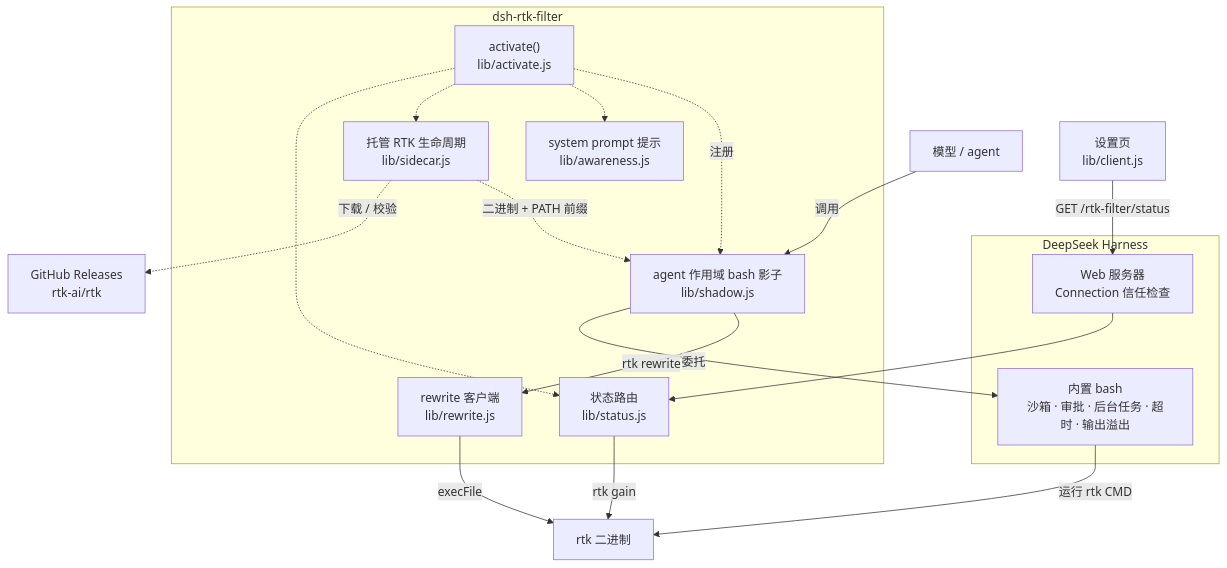
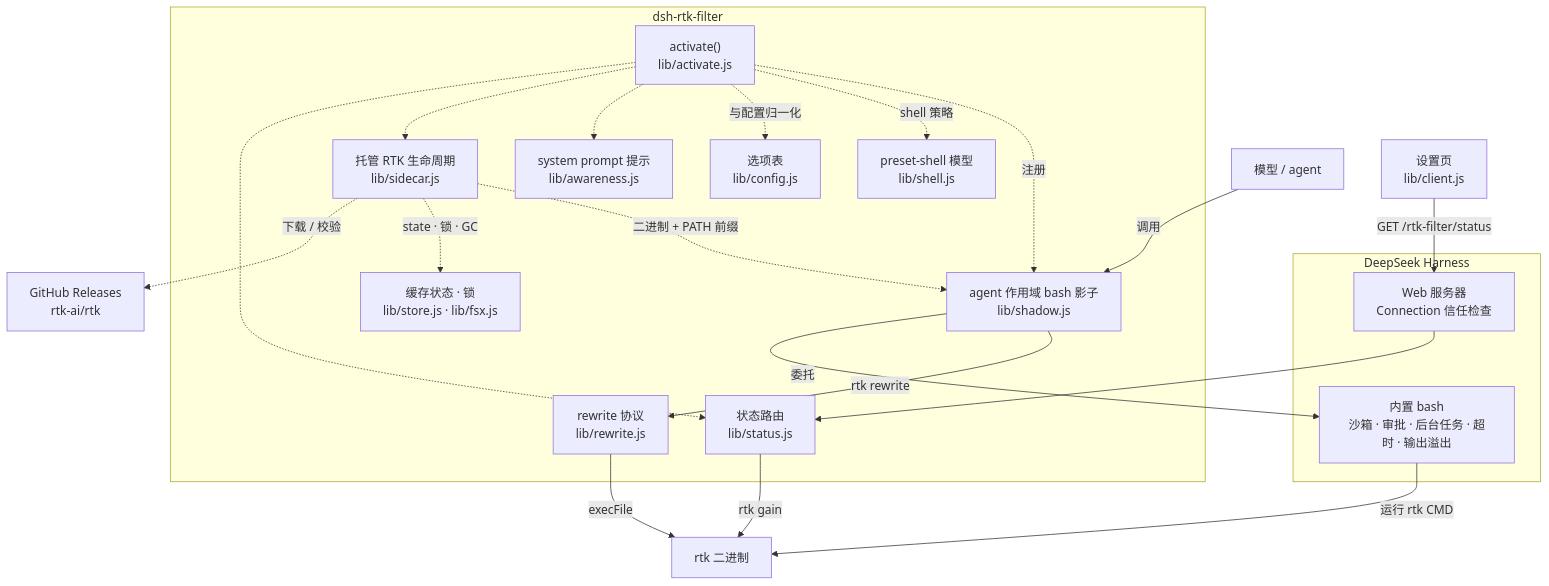
The diagram in README_zh.md (okamitimo233/dsh-rtk-filter), drawn with Mermaid before and after one commit. The commit also changed other lines of this file and 4 other files, not shown here.

First line of the commit message:
docs: record the refactored architecture and sync the handoff

````diff
--- a/README_zh.md
+++ b/README_zh.md
@@ -44,35 +44,41 @@
 ```mermaid
 flowchart TB
     Model["模型 / agent"]
 
     subgraph Plugin["dsh-rtk-filter"]
         Activate["activate()<br/>lib/activate.js"]
+        Config["选项表<br/>lib/config.js"]
+        Shell["preset-shell 模型<br/>lib/shell.js"]
         Shadow["agent 作用域 bash 影子<br/>lib/shadow.js"]
-        Rewrite["rewrite 客户端<br/>lib/rewrite.js"]
+        Rewrite["rewrite 协议<br/>lib/rewrite.js"]
         Manager["托管 RTK 生命周期<br/>lib/sidecar.js"]
+        Store["缓存状态 · 锁<br/>lib/store.js · lib/fsx.js"]
         Prompt["system prompt 提示<br/>lib/awareness.js"]
         Status["状态路由<br/>lib/status.js"]
     end
 
     subgraph Host["DeepSeek Harness"]
         Base["内置 bash<br/>沙箱 · 审批 · 后台任务 · 超时 · 输出溢出"]
         Web["Web 服务器<br/>Connection 信任检查"]
     end
 
     RTK["rtk 二进制"]
     Releases["GitHub Releases<br/>rtk-ai/rtk"]
     Browser["设置页<br/>lib/client.js"]
 
     Model -->|"调用"| Shadow
     Shadow -->|"rtk rewrite"| Rewrite -->|"execFile"| RTK
     Shadow -->|"委托"| Base -->|"运行 rtk CMD"| RTK
 
     Activate -.->|"注册"| Shadow
+    Activate -.->|"shell 策略"| Shell
+    Activate -.->|"与配置归一化"| Config
     Activate -.-> Prompt
     Activate -.-> Manager
     Activate -.-> Status
     Manager -.->|"二进制 + PATH 前缀"| Shadow
+    Manager -.->|"state · 锁 · GC"| Store
     Manager -.->|"下载 / 校验"| Releases
 
     Browser -->|"GET /rtk-filter/status"| Web --> Status -->|"rtk gain"| RTK
 ```
````
